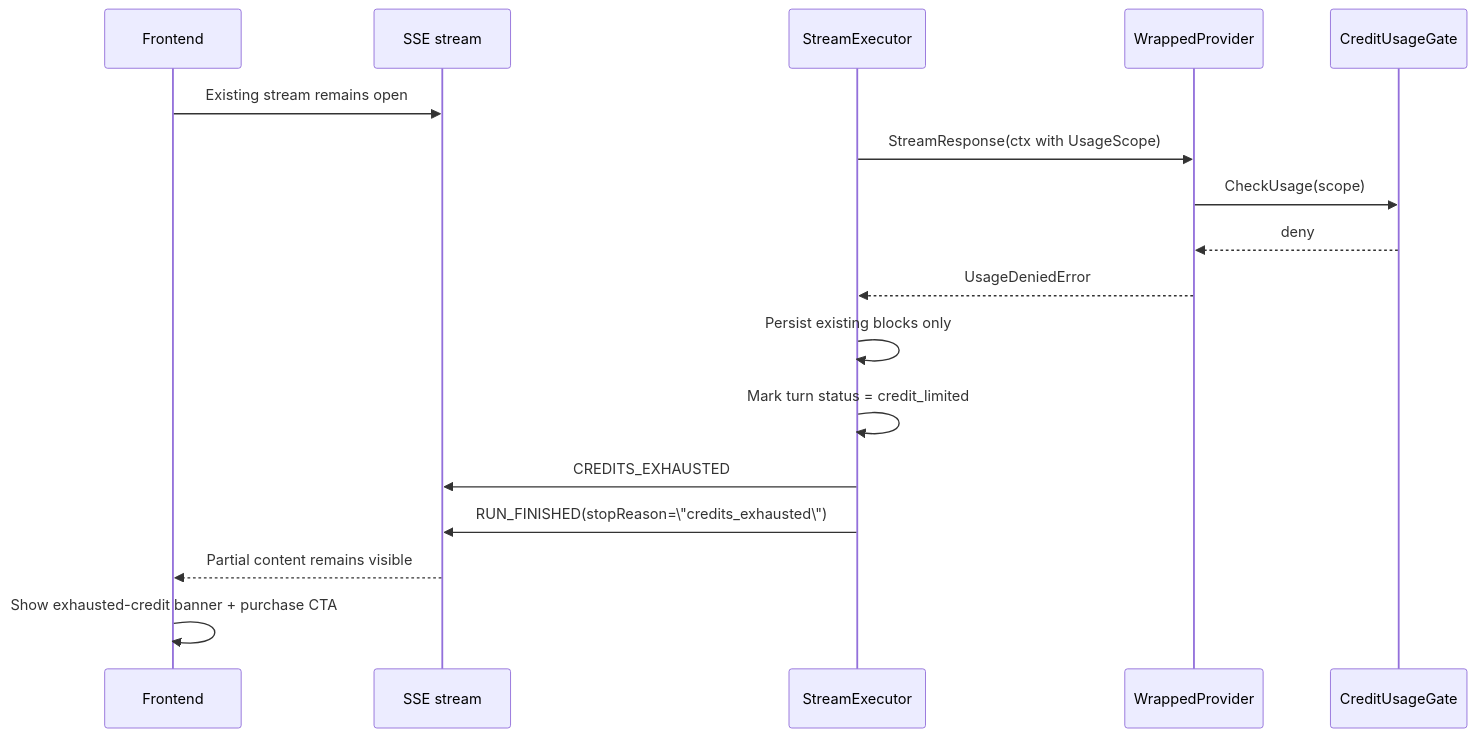
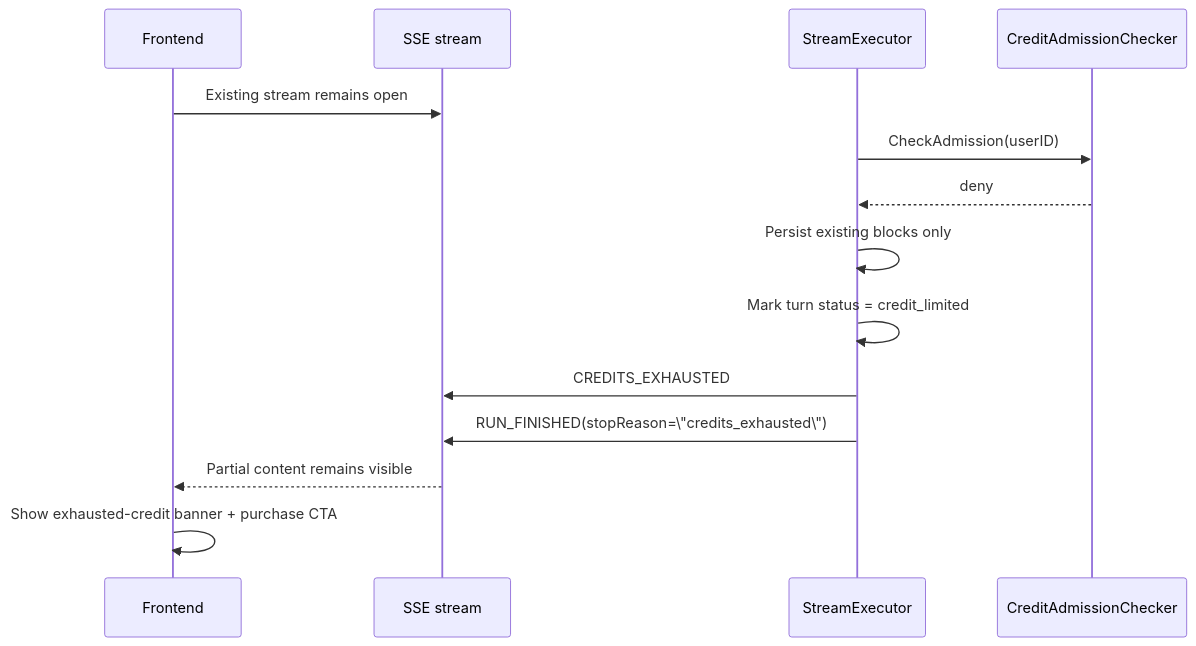
The second of 2 diagrams in .meridian/work/v1-launch/features/billing/billing-design.md (haowjy/meridian-flow), drawn with Mermaid before and after one commit. The commit also changed other lines of this file and 1 other file, not shown here.

````diff
--- a/.meridian/work/v1-launch/features/billing/billing-design.md
+++ b/.meridian/work/v1-launch/features/billing/billing-design.md
@@ -684,20 +657,17 @@
 ```mermaid
 sequenceDiagram
   participant FE as Frontend
   participant SSE as SSE stream
   participant EX as StreamExecutor
-  participant UMP as WrappedProvider
-  participant G as CreditUsageGate
+  participant AC as CreditAdmissionChecker
 
   FE->>SSE: Existing stream remains open
-  EX->>UMP: StreamResponse(ctx with UsageScope)
-  UMP->>G: CheckUsage(scope)
-  G-->>UMP: deny
-  UMP-->>EX: UsageDeniedError
+  EX->>AC: CheckAdmission(userID)
+  AC-->>EX: deny
   EX->>EX: Persist existing blocks only
   EX->>EX: Mark turn status = credit_limited
   EX->>SSE: CREDITS_EXHAUSTED
   EX->>SSE: RUN_FINISHED(stopReason=\"credits_exhausted\")
   SSE-->>FE: Partial content remains visible
   FE->>FE: Show exhausted-credit banner + purchase CTA
 ```
````
